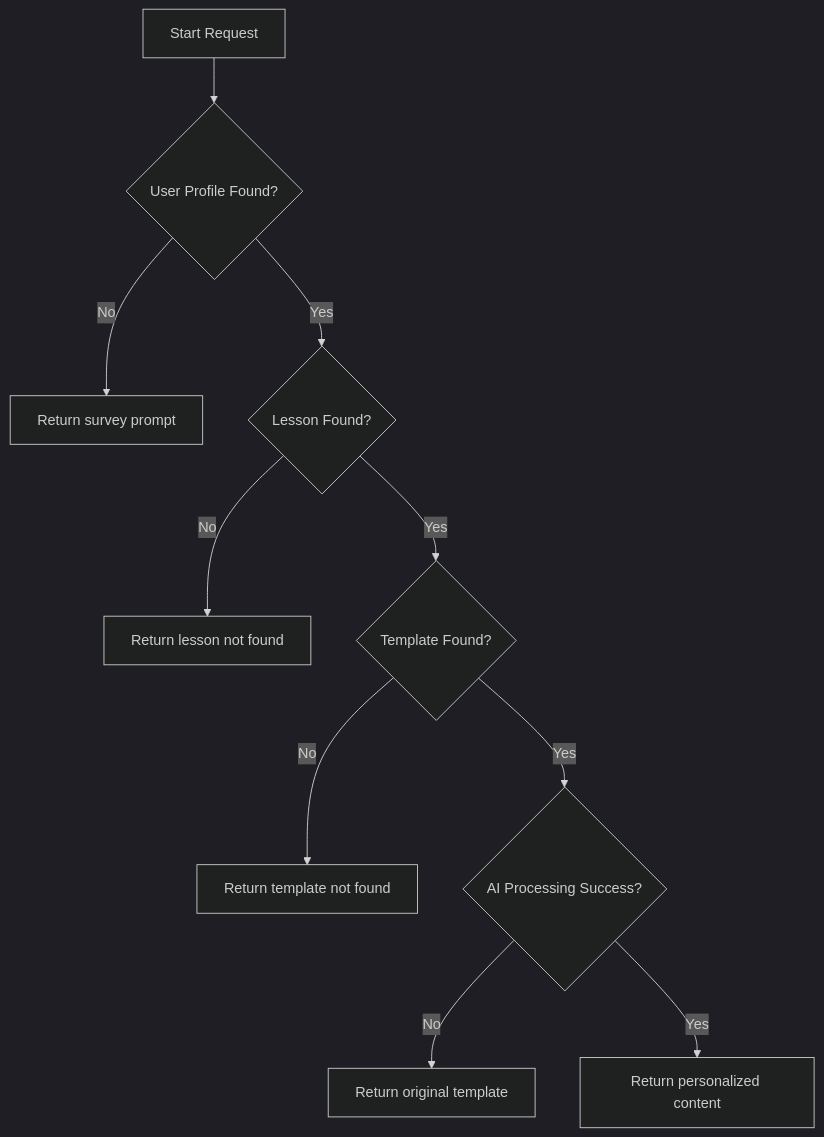
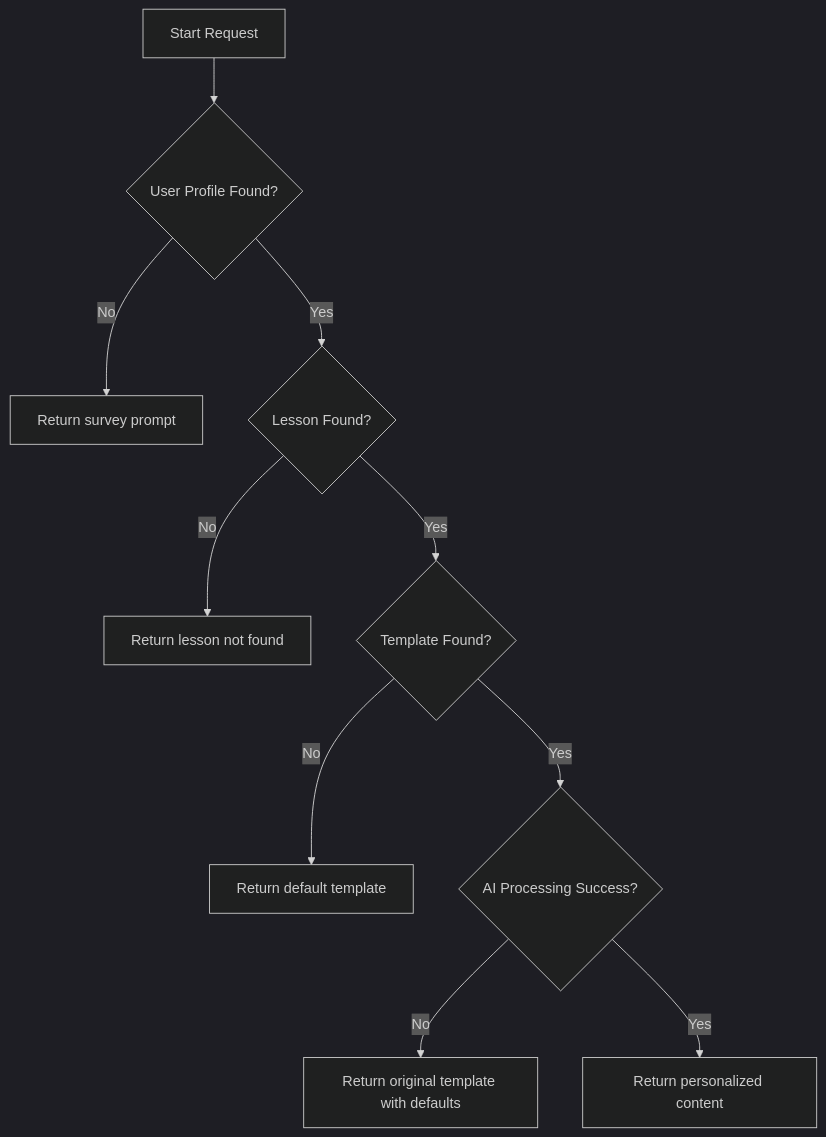
The fourth of 4 diagrams in .qoder/repowiki/en/content/Personalization Engine/Personalization Engine.md (lommaks777/pesonalisev2), drawn with Mermaid (dark theme) before and after one commit. The commit also changed other lines of this file and 17 other files, not shown here.

First line of the commit message:
refactor(docs): update all docs to reflect service layer architecture refactor

````diff
--- a/.qoder/repowiki/en/content/Personalization Engine/Personalization Engine.md
+++ b/.qoder/repowiki/en/content/Personalization Engine/Personalization Engine.md
@@ -201,12 +222,12 @@
 ```mermaid
 flowchart TD
 A[Start Request] --> B{User Profile Found?}
 B --> |No| C[Return survey prompt]
 B --> |Yes| D{Lesson Found?}
 D --> |No| E[Return lesson not found]
 D --> |Yes| F{Template Found?}
-F --> |No| G[Return template not found]
+F --> |No| G[Return default template]
 F --> |Yes| H{AI Processing Success?}
-H --> |No| I[Return original template]
+H --> |No| I[Return original template with defaults]
 H --> |Yes| J[Return personalized content]
 ```
````
